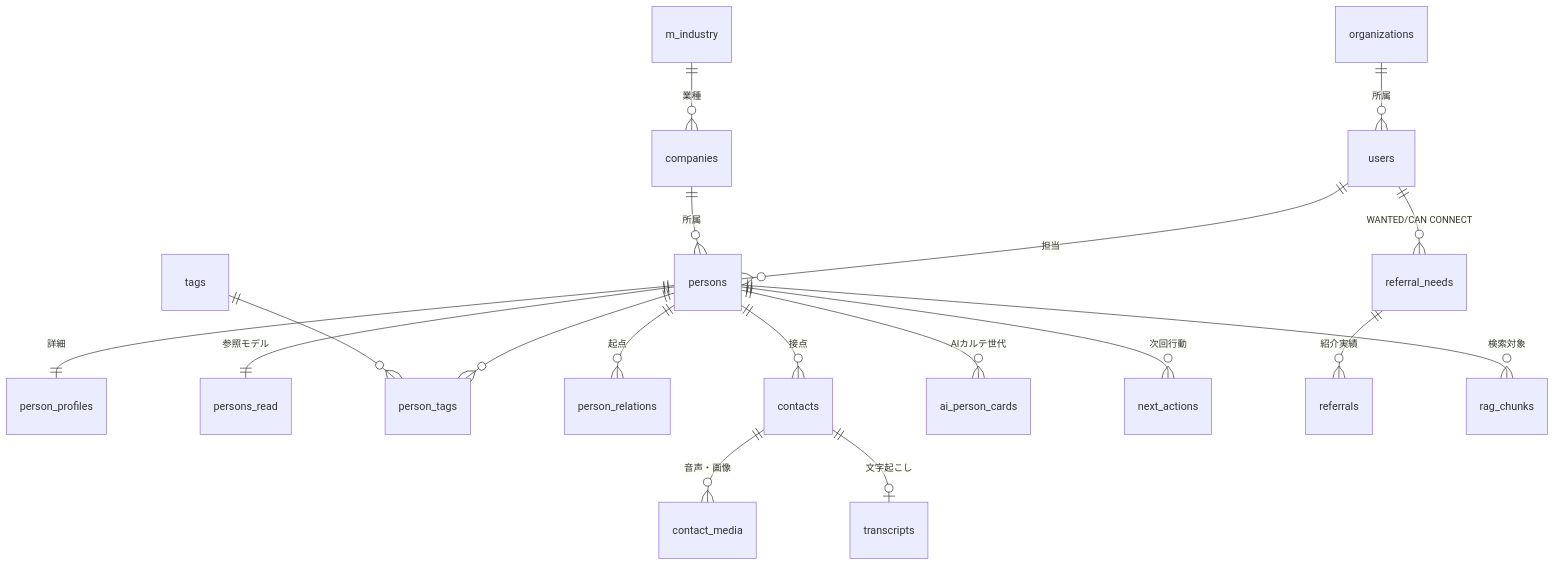
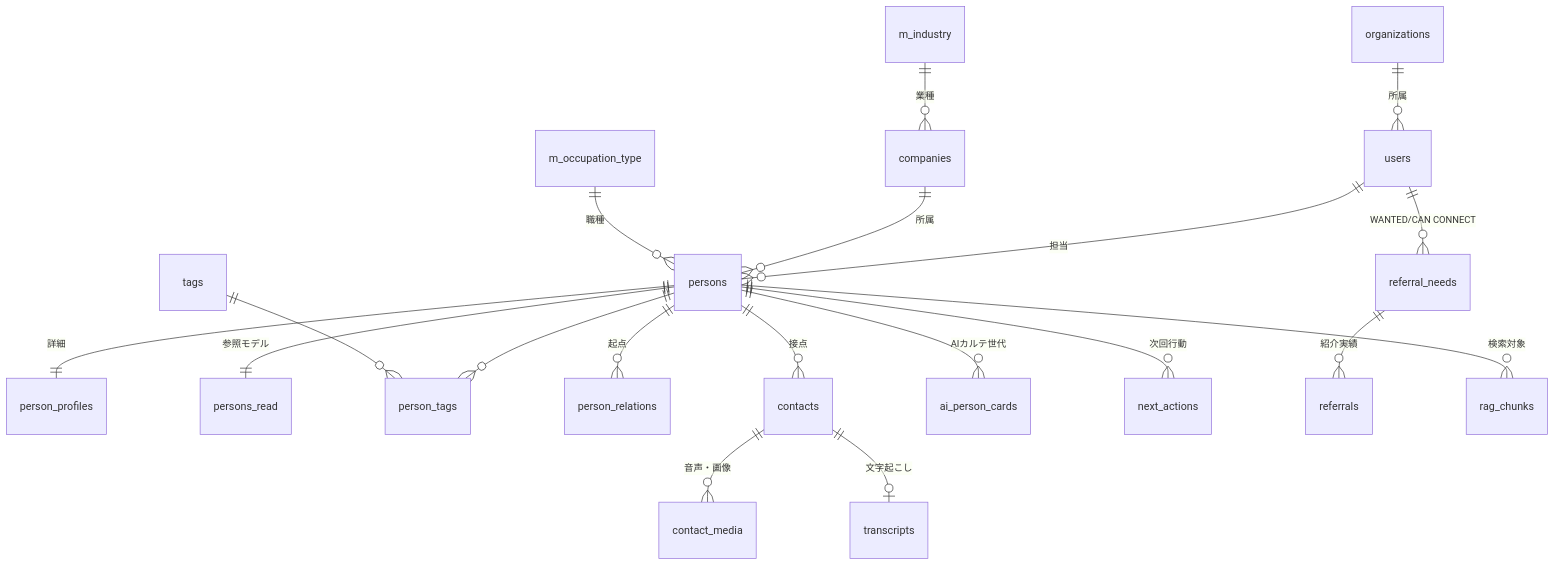
Before and after one commit to ryunosuke05218-code/Goen: the diagram in テーブル設計書_GOEN_v1.0.md, drawn with Mermaid. The commit also changed other lines of this file and 71 other files, not shown here.

Commit message:
新機能追加　 ・入力フォーム内のAI項目登録 ・人脈図を樹形図に修正 ・その他（テスト未実施）

````diff
--- a/テーブル設計書_GOEN_v1.0.md
+++ b/テーブル設計書_GOEN_v1.0.md
@@ -101,20 +105,21 @@
 ```mermaid
 erDiagram
     organizations ||--o{ users : "所属"
     users ||--o{ persons : "担当"
     companies ||--o{ persons : "所属"
     m_industry ||--o{ companies : "業種"
+    m_occupation_type ||--o{ persons : "職種"
     persons ||--|| person_profiles : "詳細"
     persons ||--|| persons_read : "参照モデル"
     persons ||--o{ person_tags : ""
     tags ||--o{ person_tags : ""
     persons ||--o{ person_relations : "起点"
     persons ||--o{ contacts : "接点"
     contacts ||--o{ contact_media : "音声・画像"
     contacts ||--o| transcripts : "文字起こし"
     persons ||--o{ ai_person_cards : "AIカルテ世代"
     persons ||--o{ next_actions : "次回行動"
     users ||--o{ referral_needs : "WANTED/CAN CONNECT"
     referral_needs ||--o{ referrals : "紹介実績"
     persons ||--o{ rag_chunks : "検索対象"
 ```
````
